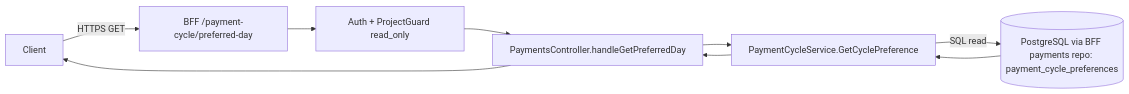
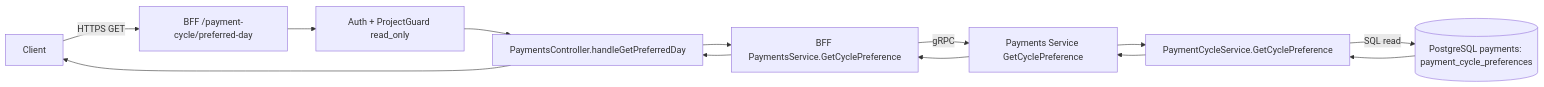
One commit to ralvescosta/costa-financial-assistant changed diagram 17 of 23 in .specify/memory/bff-flows.md. Above: the diagram before and after it, drawn with Mermaid. The commit also changed other lines of this file and 118 other files, not shown here.

````diff
--- a/.specify/memory/bff-flows.md
+++ b/.specify/memory/bff-flows.md
@@ -334,11 +354,11 @@
 ```mermaid
 flowchart LR
     C[Client] -->|HTTPS GET| BFF[BFF /payment-cycle/preferred-day]
     BFF --> AUTH[Auth + ProjectGuard read_only]
     AUTH --> PC[PaymentsController.handleGetPreferredDay]
-    PC --> SVC[PaymentCycleService.GetCyclePreference]
-    SVC -->|SQL read| PDB[(PostgreSQL via BFF payments repo: payment_cycle_preferences)]
-    PDB --> SVC
-    SVC --> PC
-    PC --> C
+    PC --> SVC[BFF PaymentsService.GetCyclePreference]
+    SVC -->|gRPC| PAY[Payments Service GetCyclePreference]
+    PAY --> PSVC[PaymentCycleService.GetCyclePreference]
+    PSVC -->|SQL read| PDB[(PostgreSQL payments: payment_cycle_preferences)]
+    PDB --> PSVC --> PAY --> SVC --> PC --> C
 ```
````
